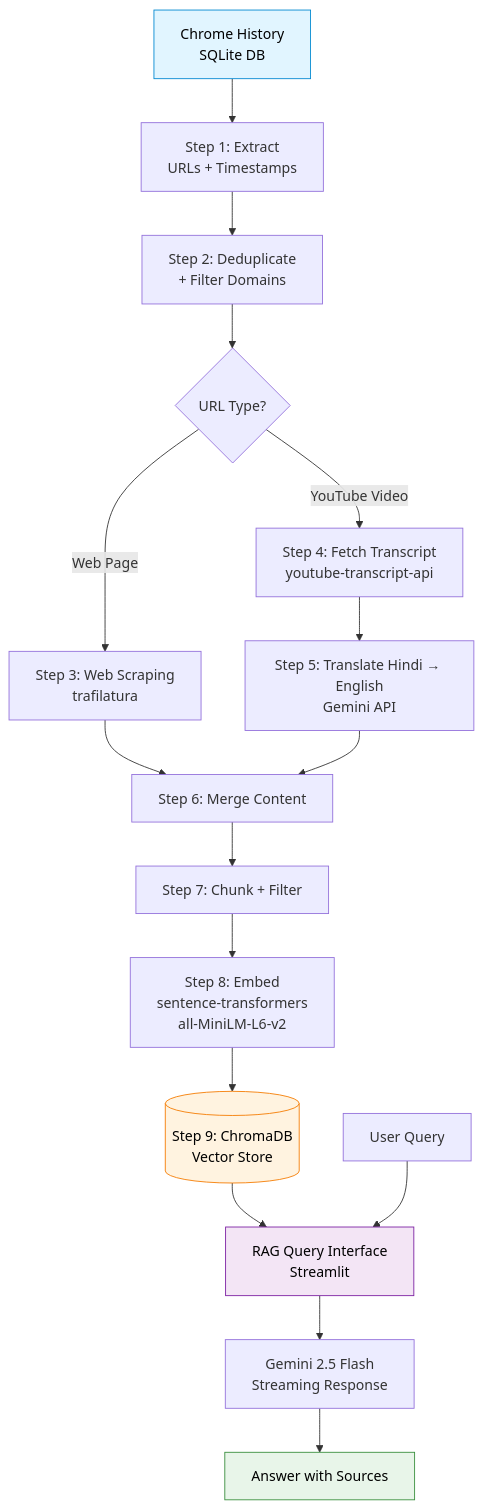
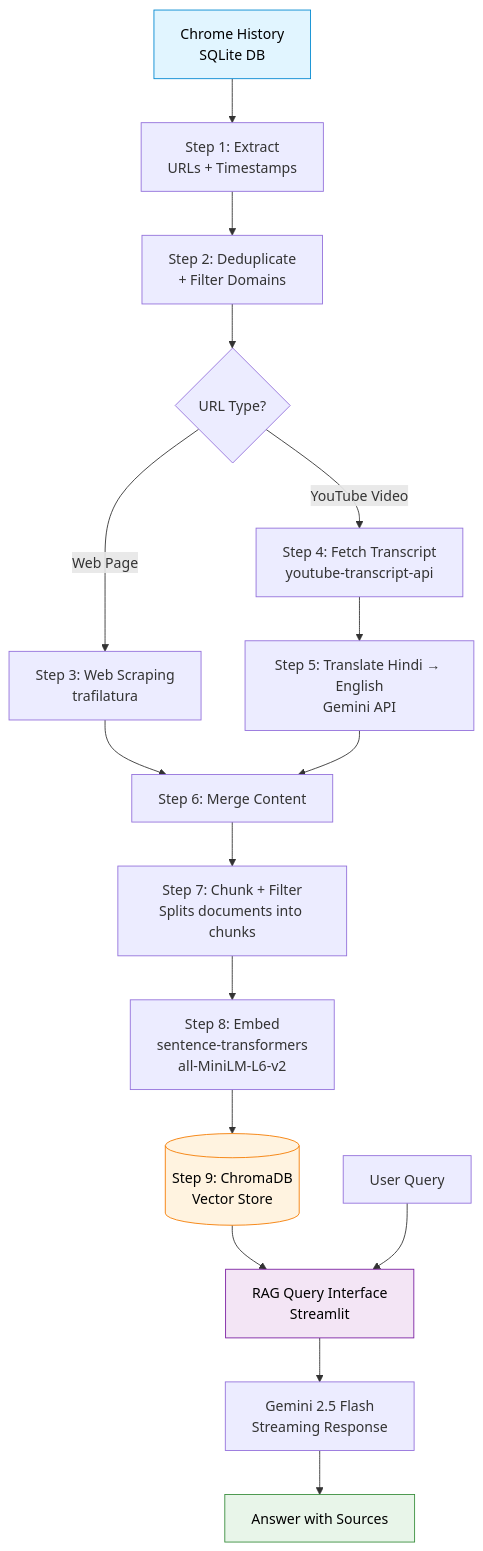
The diagram in README.md (prabhatsin/History_Chat_bot), drawn with Mermaid before and after one commit. The commit also changed other lines of this file, not shown here.

````diff
--- a/README.md
+++ b/README.md
@@ -18,23 +18,23 @@
 ```mermaid
 flowchart TD
     A[Chrome History<br/>SQLite DB] --> B[Step 1: Extract<br/>URLs + Timestamps]
     B --> C[Step 2: Deduplicate<br/>+ Filter Domains]
     C --> D{URL Type?}
     D -->|Web Page| E[Step 3: Web Scraping<br/>trafilatura]
     D -->|YouTube Video| F[Step 4: Fetch Transcript<br/>youtube-transcript-api]
     F --> G[Step 5: Translate Hindi → English<br/>Gemini API]
     E --> H[Step 6: Merge Content]
     G --> H
-    H --> I[Step 7: Chunk + Filter<br/>]
+    H --> I[Step 7: Chunk + Filter<br/>Splits documents into chunks]
     I --> J[Step 8: Embed<br/>sentence-transformers<br/>all-MiniLM-L6-v2]
     J --> K[(Step 9: ChromaDB<br/>Vector Store)]
     K --> L[RAG Query Interface<br/>Streamlit]
     M[User Query] --> L
     L --> N[Gemini 2.5 Flash<br/>Streaming Response]
     N --> O[Answer with Sources]
 
     style A fill:#e1f5ff,stroke:#0288d1,color:#000
     style K fill:#fff3e0,stroke:#f57c00,color:#000
     style L fill:#f3e5f5,stroke:#7b1fa2,color:#000
     style O fill:#e8f5e9,stroke:#388e3c,color:#000
 ```
````
